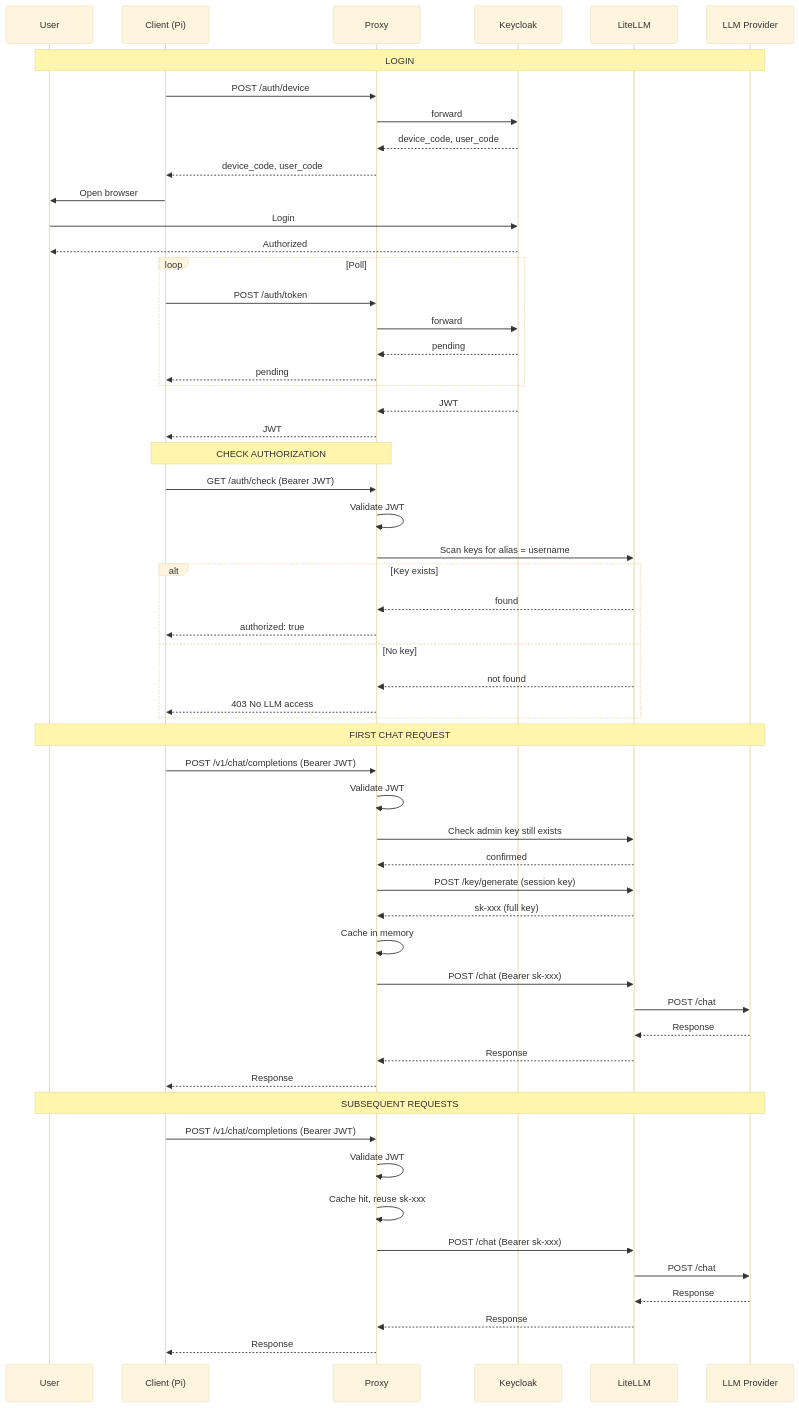
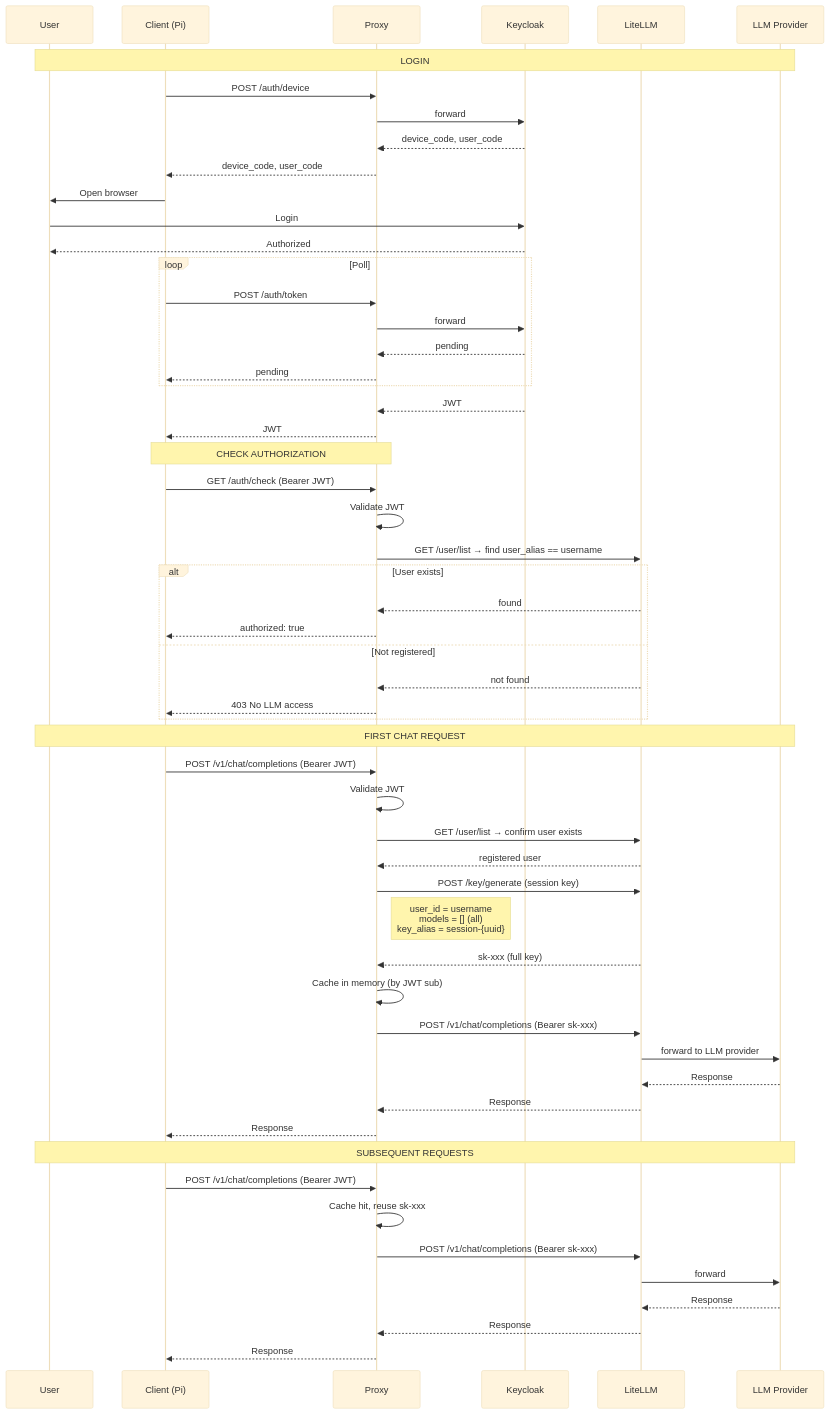
Before and after one commit to chgc/litellm-proxy-oauth: the diagram in FLOW.md, drawn with Mermaid (base theme). The commit also changed other lines of this file and 3 other files, not shown here.

First line of the commit message:
docs: refine docs to reflect current flow

````diff
--- a/FLOW.md
+++ b/FLOW.md
@@ -20,69 +25,69 @@
 ```mermaid
 sequenceDiagram
     participant U as User
     participant C as Client (Pi)
     participant P as Proxy
     participant K as Keycloak
     participant L as LiteLLM
     participant O as LLM Provider
 
     Note over U,O: LOGIN
 
     C->>P: POST /auth/device
     P->>K: forward
     K-->>P: device_code, user_code
     P-->>C: device_code, user_code
     C->>U: Open browser
     U->>K: Login
     K-->>U: Authorized
 
     loop Poll
         C->>P: POST /auth/token
         P->>K: forward
         K-->>P: pending
         P-->>C: pending
     end
 
     K-->>P: JWT
     P-->>C: JWT
 
     Note over C,P: CHECK AUTHORIZATION
 
     C->>P: GET /auth/check (Bearer JWT)
     P->>P: Validate JWT
-    P->>L: Scan keys for alias = username
-    alt Key exists
+    P->>L: GET /user/list → find user_alias == username
+    alt User exists
         L-->>P: found
         P-->>C: authorized: true
-    else No key
+    else Not registered
         L-->>P: not found
         P-->>C: 403 No LLM access
     end
 
     Note over U,O: FIRST CHAT REQUEST
 
     C->>P: POST /v1/chat/completions (Bearer JWT)
     P->>P: Validate JWT
-    P->>L: Check admin key still exists
-    L-->>P: confirmed
+    P->>L: GET /user/list → confirm user exists
+    L-->>P: registered user
     P->>L: POST /key/generate (session key)
+    Note right of P: user_id = username<br/>models = [] (all)<br/>key_alias = session-{uuid}
     L-->>P: sk-xxx (full key)
-    P->>P: Cache in memory
+    P->>P: Cache in memory (by JWT sub)
 
-    P->>L: POST /chat (Bearer sk-xxx)
-    L->>O: POST /chat
+    P->>L: POST /v1/chat/completions (Bearer sk-xxx)
+    L->>O: forward to LLM provider
     O-->>L: Response
     L-->>P: Response
     P-->>C: Response
 
     Note over U,O: SUBSEQUENT REQUESTS
 
     C->>P: POST /v1/chat/completions (Bearer JWT)
-    P->>P: Validate JWT
     P->>P: Cache hit, reuse sk-xxx
-    P->>L: POST /chat (Bearer sk-xxx)
-    L->>O: POST /chat
+    P->>L: POST /v1/chat/completions (Bearer sk-xxx)
+    L->>O: forward
     O-->>L: Response
     L-->>P: Response
     P-->>C: Response
 ```
````
